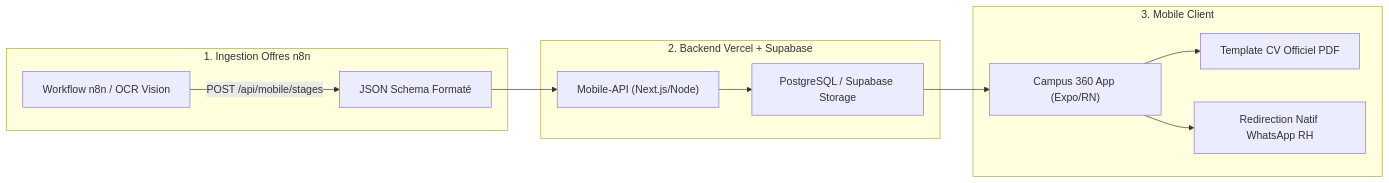
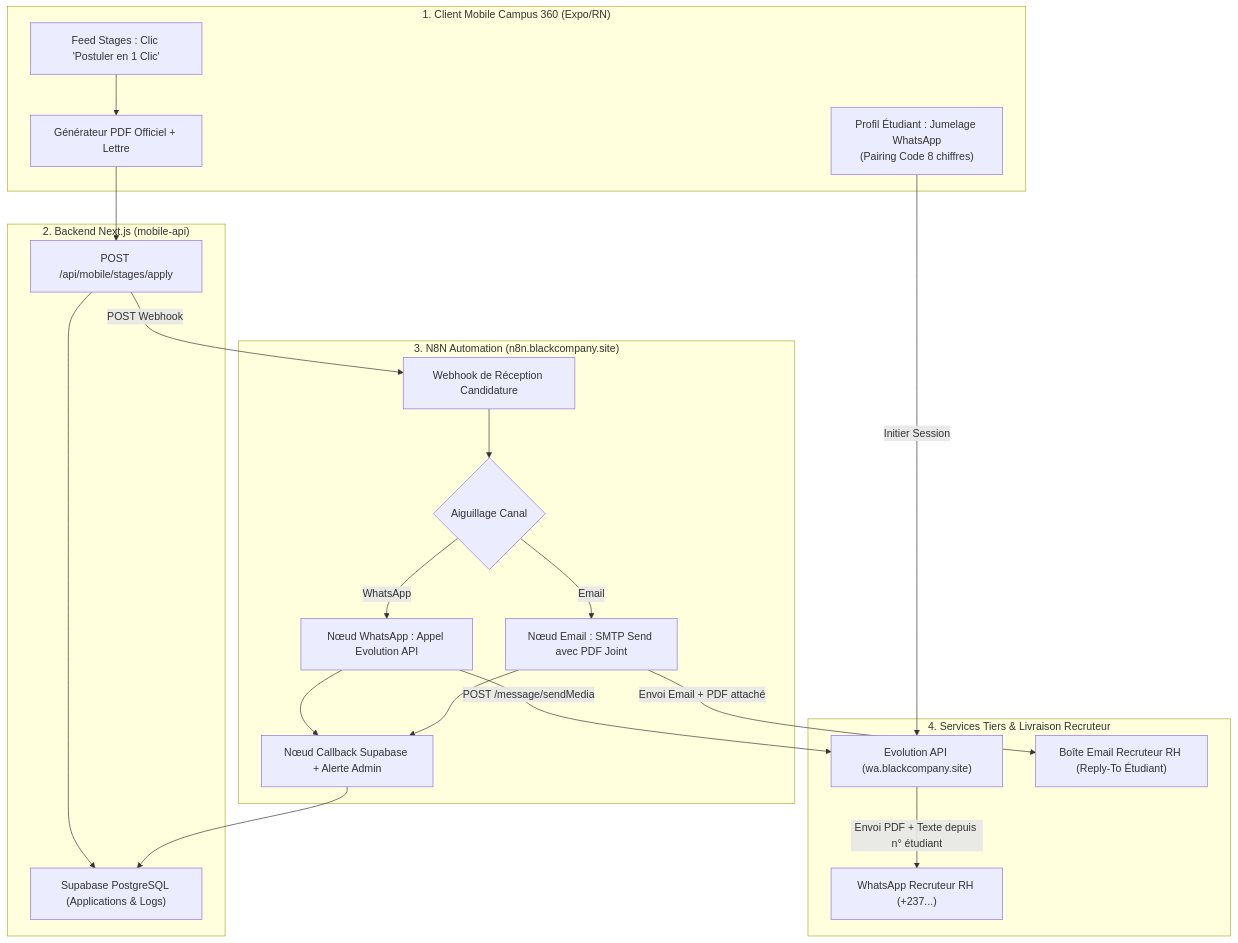
Before and after one commit to BIMAI-LUCIEN/campus-360: the second of 2 diagrams in contexte.md, drawn with Mermaid. The commit also changed other lines of this file and 48 other files, not shown here.

Commit message:
feat(mobile): redesign UI Clean White & Royal Violet, stage detail immersive view, and evolution whatsapp flow

````diff
--- a/contexte.md
+++ b/contexte.md
@@ -85,17 +89,42 @@
 ```mermaid
-flowchart LR
-    subgraph INPUT ["1. Ingestion Offres n8n"]
-        N1["Workflow n8n / OCR Vision"] -->|POST /api/mobile/stages| N2["JSON Schema Formaté"]
+flowchart TD
+    subgraph APP ["1. Client Mobile Campus 360 (Expo/RN)"]
+        A1["Profil Étudiant : Jumelage WhatsApp\n(Pairing Code 8 chiffres)"]
+        A2["Feed Stages : Clic 'Postuler en 1 Clic'"]
+        A3["Générateur PDF Officiel + Lettre"]
     end
 
-    subgraph BACKEND ["2. Backend Vercel + Supabase"]
-        N2 --> S1["Mobile-API (Next.js/Node)"]
-        S1 --> S2["PostgreSQL / Supabase Storage"]
+    subgraph BACKEND ["2. Backend Next.js (mobile-api)"]
+        B1["POST /api/mobile/stages/apply"]
+        B2["Supabase PostgreSQL (Applications & Logs)"]
     end
 
-    subgraph APP ["3. Mobile Client"]
-        S2 --> A1["Campus 360 App (Expo/RN)"]
-        A1 --> A2["Template CV Officiel PDF"]
-        A1 --> A3["Redirection Natif WhatsApp RH"]
+    subgraph ORCHESTRATION ["3. N8N Automation (n8n.blackcompany.site)"]
+        N1["Webhook de Réception Candidature"]
+        N2{"Aiguillage Canal"}
+        N3["Nœud WhatsApp : Appel Evolution API"]
+        N4["Nœud Email : SMTP Send avec PDF Joint"]
+        N5["Nœud Callback Supabase + Alerte Admin"]
     end
+
+    subgraph SERVERS ["4. Services Tiers & Livraison Recruteur"]
+        E1["Evolution API (wa.blackcompany.site)"]
+        E2["WhatsApp Recruteur RH (+237...)"]
+        E3["Boîte Email Recruteur RH (Reply-To Étudiant)"]
+    end
+
+    A1 -->|Initier Session| E1
+    A2 --> A3
+    A3 --> B1
+    B1 --> B2
+    B1 -->|POST Webhook| N1
+    N1 --> N2
+    N2 -->|WhatsApp| N3
+    N2 -->|Email| N4
+    N3 -->|POST /message/sendMedia| E1
+    E1 -->|Envoi PDF + Texte depuis n° étudiant| E2
+    N4 -->|Envoi Email + PDF attaché| E3
+    N3 --> N5
+    N4 --> N5
+    N5 --> B2
 ```
````
